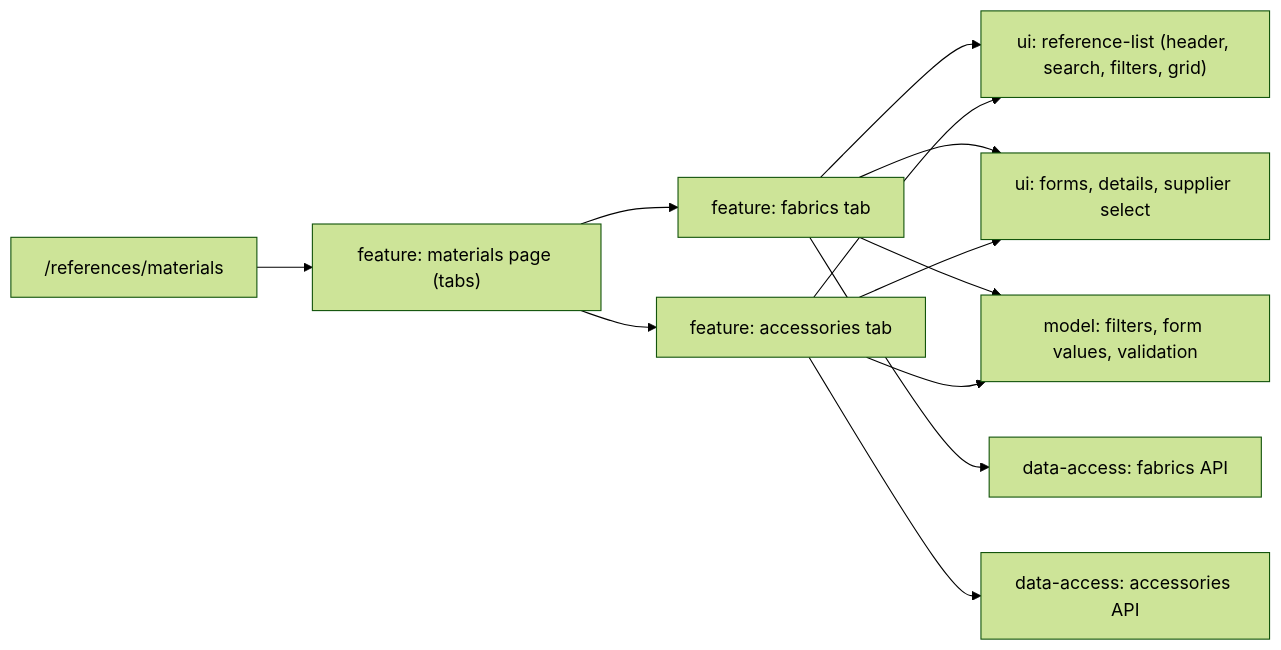
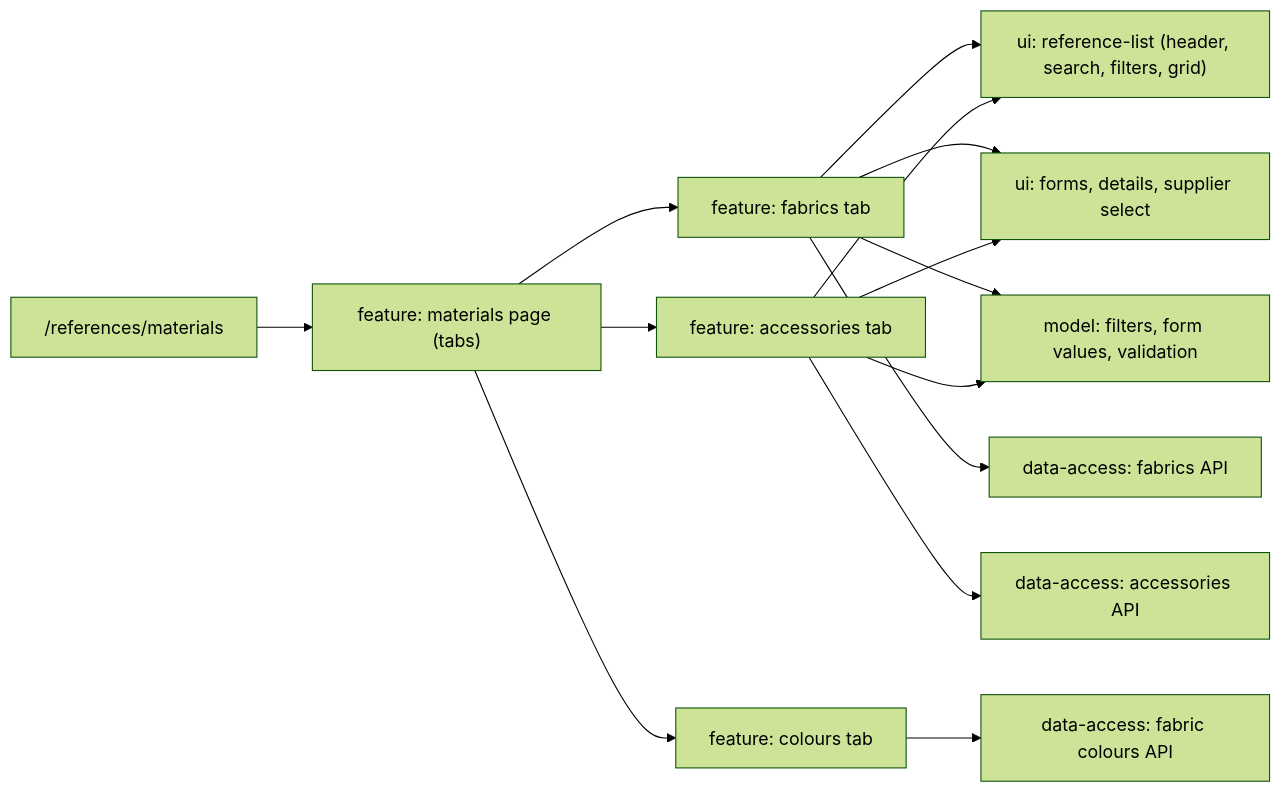
One commit to Weretik/brevi-web changed the diagram in docs/features/admin/references/materials.md. Above: the diagram before and after it, drawn with Mermaid (forest theme). The commit also changed other lines of this file and 53 other files, not shown here.

First line of the commit message:
feat(admin): colours tab in materials, workshop picks colours from it

````diff
--- a/docs/features/admin/references/materials.md
+++ b/docs/features/admin/references/materials.md
@@ -18,14 +24,15 @@
 ```mermaid
 flowchart LR
   Route["/references/materials"] --> Page["feature: materials page (tabs)"]
   Page --> FabricsPage["feature: fabrics tab"]
   Page --> AccessoriesPage["feature: accessories tab"]
+  Page --> ColorsPage["feature: colours tab"] --> ColorsAPI["data-access: fabric colours API"]
   FabricsPage --> List["ui: reference-list (header, search, filters, grid)"]
   AccessoriesPage --> List
   FabricsPage --> Forms["ui: forms, details, supplier select"]
   AccessoriesPage --> Forms
   FabricsPage --> Model["model: filters, form values, validation"]
   AccessoriesPage --> Model
   FabricsPage --> FabricsAPI["data-access: fabrics API"]
   AccessoriesPage --> AccessoriesAPI["data-access: accessories API"]
 ```
````
